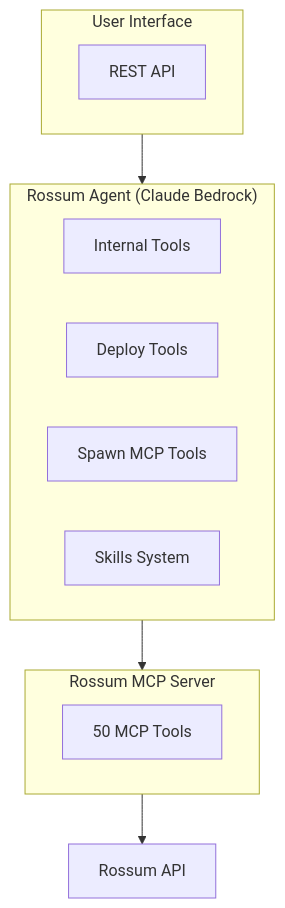
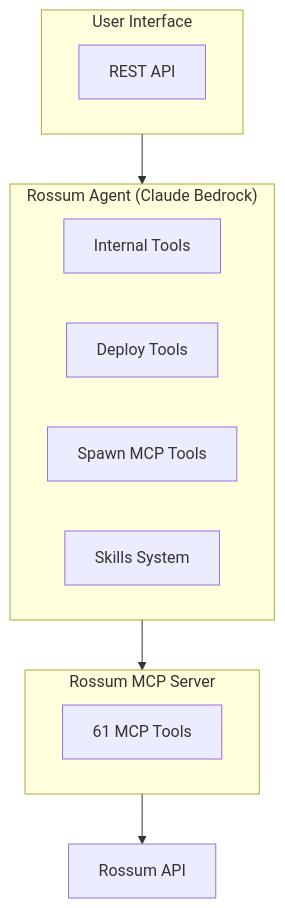
Before and after one commit to stancld/rossum-agents: the diagram in rossum-agent/README.md, drawn with Mermaid. The commit also changed other lines of this file and 5 other files, not shown here.

````diff
--- a/rossum-agent/README.md
+++ b/rossum-agent/README.md
@@ -188,23 +191,23 @@
 ```mermaid
 flowchart TB
     subgraph UI["User Interface"]
         A[REST API]
     end
 
     subgraph Agent["Rossum Agent (Claude Bedrock)"]
         IT[Internal Tools]
         DT[Deploy Tools]
         MT[Spawn MCP Tools]
         SK[Skills System]
     end
 
     subgraph MCP["Rossum MCP Server"]
-        Tools[50 MCP Tools]
+        Tools[61 MCP Tools]
     end
 
     API[Rossum API]
 
     UI --> Agent
     Agent --> MCP
     MCP --> API
 ```
````
